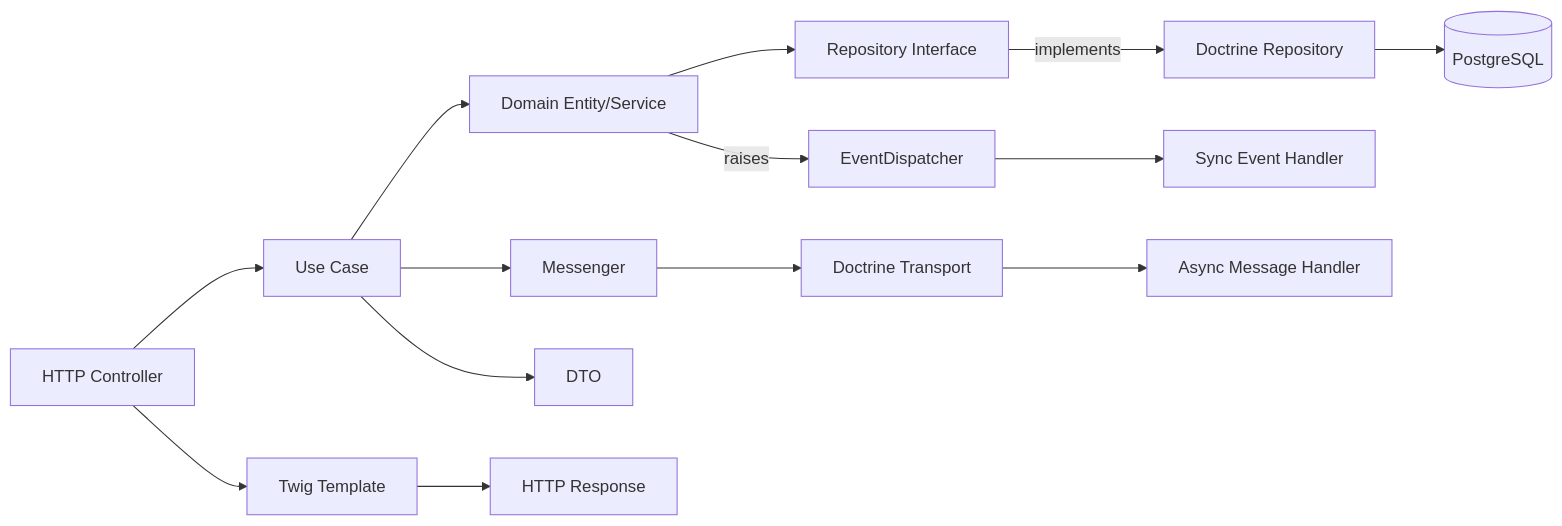
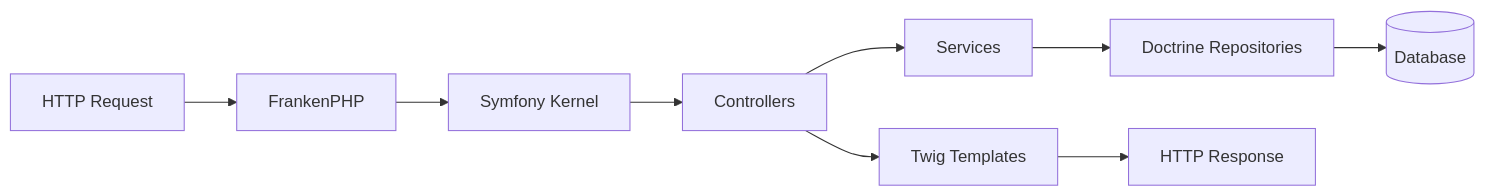
One commit to humanuoid/symfony-learning-lab changed the diagram in aidd_docs/memory/architecture.md. Above: the diagram before and after it, drawn with Mermaid. The commit also changed other lines of this file and 23 other files, not shown here.

````diff
--- a/aidd_docs/memory/architecture.md
+++ b/aidd_docs/memory/architecture.md
@@ -95,16 +16,11 @@
 ```mermaid
 flowchart LR
-    Controller[HTTP Controller] --> UseCase[Use Case]
-    UseCase --> DomainService[Domain Entity/Service]
-    DomainService --> RepositoryInterface[Repository Interface]
-    RepositoryInterface -->|implements| DoctrineRepo[Doctrine Repository]
-    DoctrineRepo --> Database[(PostgreSQL)]
-    DomainService -->|raises| EventDispatcher[EventDispatcher]
-    EventDispatcher --> SyncHandler[Sync Event Handler]
-    UseCase --> Messenger[Messenger]
-    Messenger --> Queue[Doctrine Transport]
-    Queue --> AsyncHandler[Async Message Handler]
-    UseCase --> DTO[DTO]
-    Controller --> Template[Twig Template]
-    Template --> Response[HTTP Response]
+    Request[HTTP Request] --> FrankenPHP
+    FrankenPHP --> Symfony[Symfony Kernel]
+    Symfony --> Controller[Controllers]
+    Controller --> Service[Services]
+    Service --> Repository[Doctrine Repositories]
+    Repository --> Database[(Database)]
+    Controller --> Twig[Twig Templates]
+    Twig --> Response[HTTP Response]
 ```
````
